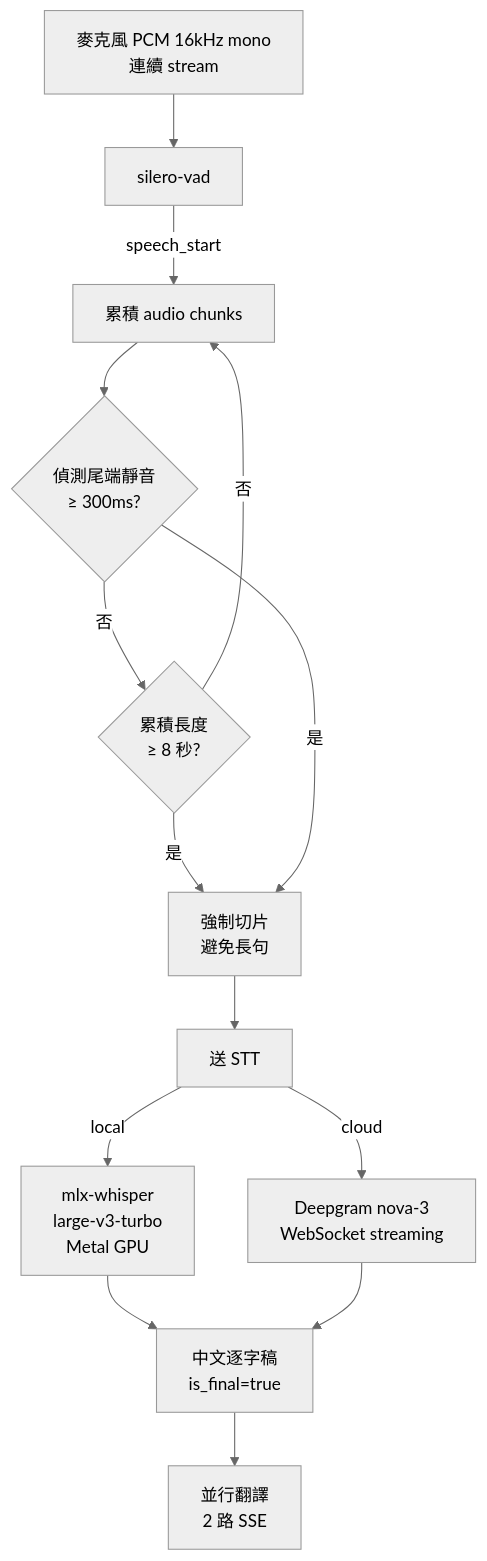
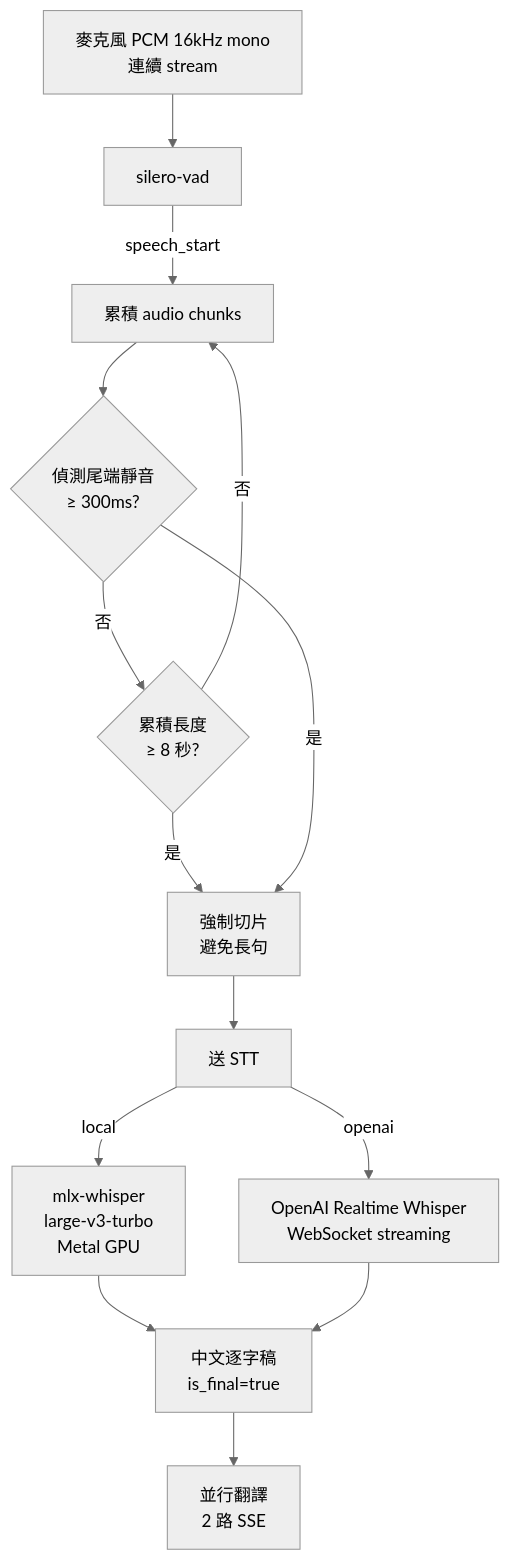
The third of 6 diagrams in docs/ARCHITECTURE.md (yeevclaw/MeetingCast), drawn with Mermaid (neutral theme) before and after one commit. The commit also changed other lines of this file and 27 other files, not shown here.

First line of the commit message:
refactor(stt): remove Deepgram cloud backend end-to-end

````diff
--- a/docs/ARCHITECTURE.md
+++ b/docs/ARCHITECTURE.md
@@ -102,16 +102,16 @@
 ```mermaid
 flowchart TD
     A[麥克風 PCM 16kHz mono<br/>連續 stream] --> B[silero-vad]
     B -->|"speech_start"| C[累積 audio chunks]
     C --> D{偵測尾端靜音<br/>≥ 300ms?}
     D -->|否| E{累積長度<br/>≥ 8 秒?}
     E -->|否| C
     E -->|是| F[強制切片<br/>避免長句]
     D -->|是| F
     F --> G[送 STT]
     G -->|local| H[mlx-whisper<br/>large-v3-turbo<br/>Metal GPU]
-    G -->|cloud| I[Deepgram nova-3<br/>WebSocket streaming]
+    G -->|openai| I[OpenAI Realtime Whisper<br/>WebSocket streaming]
     H --> J[中文逐字稿<br/>is_final=true]
     I --> J
     J --> K[並行翻譯<br/>2 路 SSE]
 ```
````
